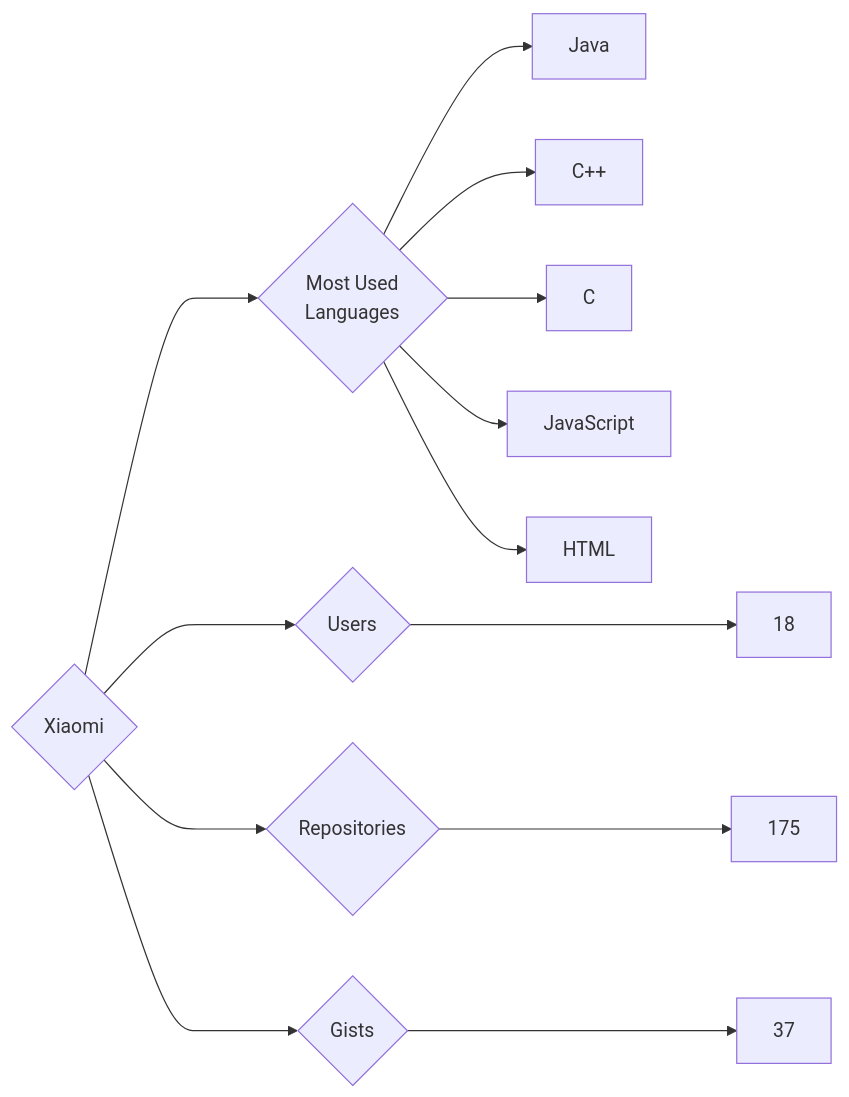
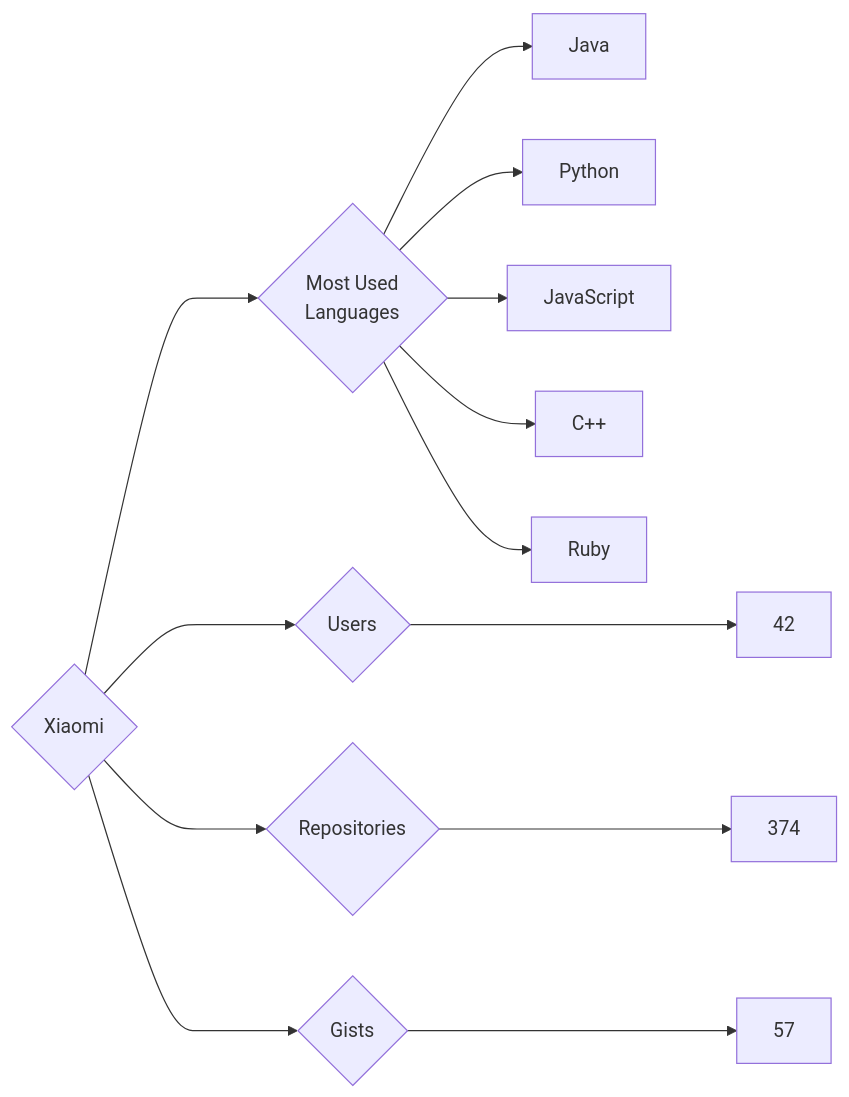
The diagram in targets/Xiaomi/README.md (trickest/insiders), drawn with Mermaid before and after one commit. The commit also changed 965 other files, not shown here.

````diff
--- a/targets/Xiaomi/README.md
+++ b/targets/Xiaomi/README.md
@@ -3,13 +3,13 @@
 ```mermaid
 graph LR
 COMPANY_NAME{Xiaomi}
-COMPANY_NAME ---> U{Users} ---> UN[18]
-COMPANY_NAME ---> R{Repositories} ---> RN[175]
-COMPANY_NAME ---> G{Gists} ---> GN[37]
+COMPANY_NAME ---> U{Users} ---> UN[42]
+COMPANY_NAME ---> R{Repositories} ---> RN[374]
+COMPANY_NAME ---> G{Gists} ---> GN[57]
 COMPANY_NAME ---> ML{Most Used<br>Languages}
 ML --> Java[Java]
+ML --> Python[Python]
+ML --> JavaScript[JavaScript]
 ML --> C++[C++]
-ML --> C[C]
-ML --> JavaScript[JavaScript]
-ML --> HTML[HTML]
+ML --> Ruby[Ruby]
 ```
````
